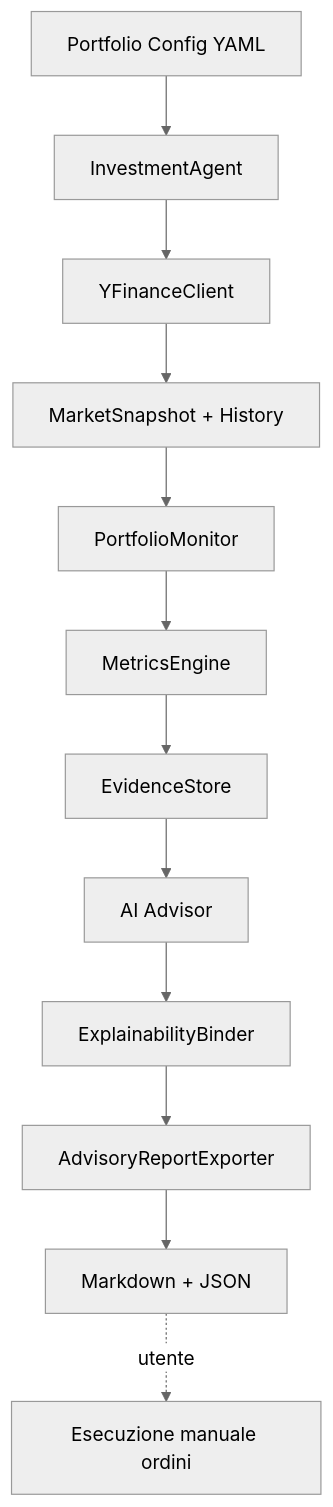
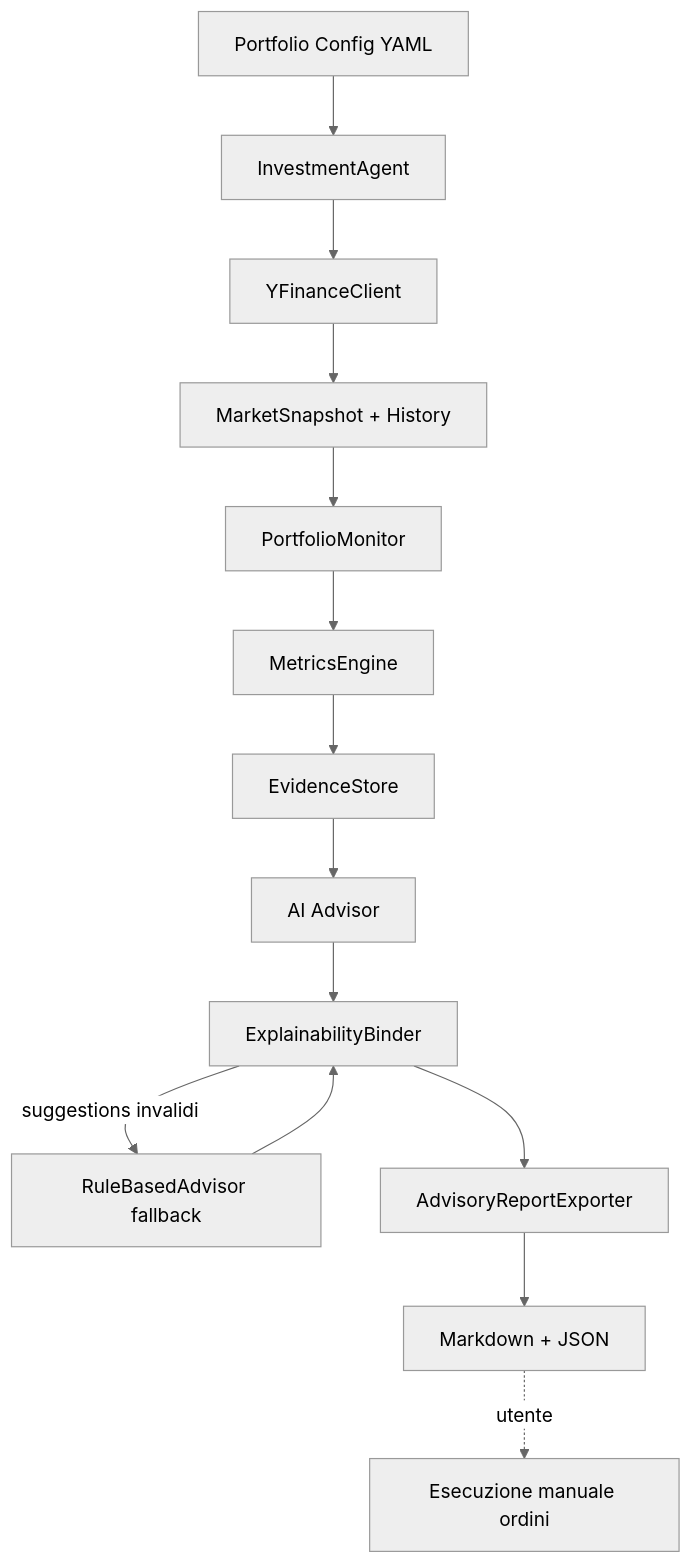
One commit to HyLora/investment-agent changed the first of 2 diagrams in docs/ARCHITECTURE.md. Above: the diagram before and after it, drawn with Mermaid (neutral theme). The commit also changed other lines of this file and 7 other files, not shown here.

````diff
--- a/docs/ARCHITECTURE.md
+++ b/docs/ARCHITECTURE.md
@@ -15,14 +15,16 @@
 ```mermaid
 flowchart TD
   CFG[Portfolio Config YAML] --> ORCH[InvestmentAgent]
   ORCH --> YF[YFinanceClient]
   YF --> MKT[MarketSnapshot + History]
   MKT --> MON[PortfolioMonitor]
   MON --> ME[MetricsEngine]
   ME --> EV[EvidenceStore]
   EV --> ADV[AI Advisor]
   ADV --> BIND[ExplainabilityBinder]
+  BIND -->|suggestions invalidi| FB[RuleBasedAdvisor fallback]
+  FB --> BIND
   BIND --> REP[AdvisoryReportExporter]
   REP --> OUT[Markdown + JSON]
   OUT -.->|utente| HUMAN[Esecuzione manuale ordini]
 ```
````
